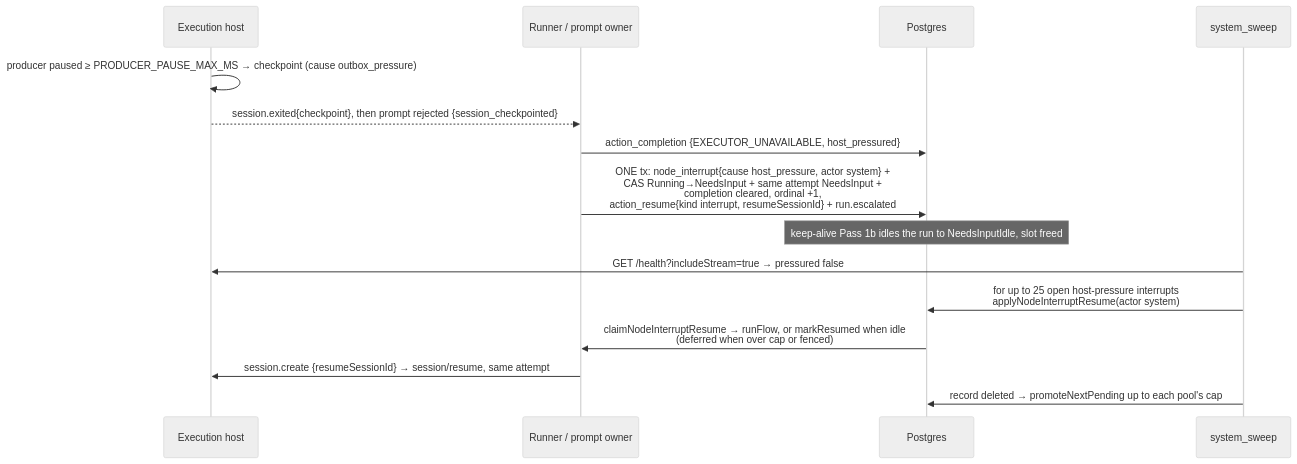
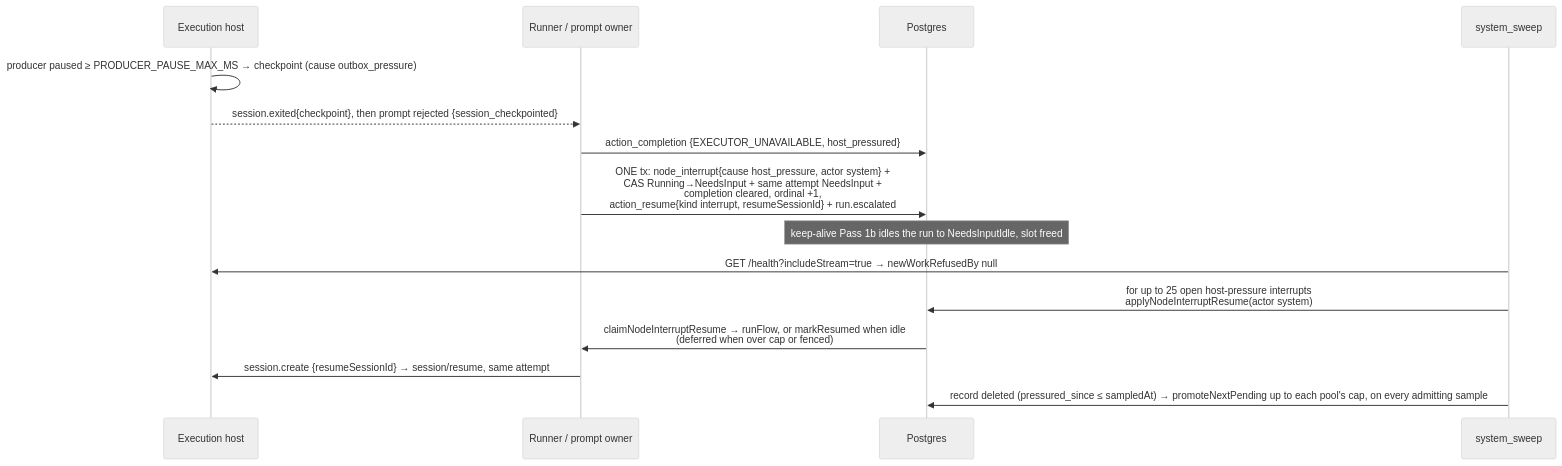
One commit to maister-dev/maister changed the sixth of 6 diagrams in docs/system-analytics/run-continuation.md. Above: the diagram before and after it, drawn with Mermaid (neutral theme). The commit also changed other lines of this file and 23 other files, not shown here.

````diff
--- a/docs/system-analytics/run-continuation.md
+++ b/docs/system-analytics/run-continuation.md
@@ -183,17 +183,17 @@
 ```mermaid
 sequenceDiagram
     participant H as Execution host
     participant R as Runner / prompt owner
     participant D as Postgres
     participant S as system_sweep
     H->>H: producer paused ≥ PRODUCER_PAUSE_MAX_MS → checkpoint (cause outbox_pressure)
     H-->>R: session.exited{checkpoint}, then prompt rejected {session_checkpointed}
     R->>D: action_completion {EXECUTOR_UNAVAILABLE, host_pressured}
     R->>D: ONE tx: node_interrupt{cause host_pressure, actor system} +<br/>CAS Running→NeedsInput + same attempt NeedsInput +<br/>completion cleared, ordinal +1,<br/>action_resume{kind interrupt, resumeSessionId} + run.escalated
     Note over D: keep-alive Pass 1b idles the run to NeedsInputIdle, slot freed
-    S->>H: GET /health?includeStream=true → pressured false
+    S->>H: GET /health?includeStream=true → newWorkRefusedBy null
     S->>D: for up to 25 open host-pressure interrupts<br/>applyNodeInterruptResume(actor system)
     D->>R: claimNodeInterruptResume → runFlow, or markResumed when idle<br/>(deferred when over cap or fenced)
     R->>H: session.create {resumeSessionId} → session/resume, same attempt
-    S->>D: record deleted → promoteNextPending up to each pool's cap
+    S->>D: record deleted (pressured_since ≤ sampledAt) → promoteNextPending up to each pool's cap, on every admitting sample
 ```
````
